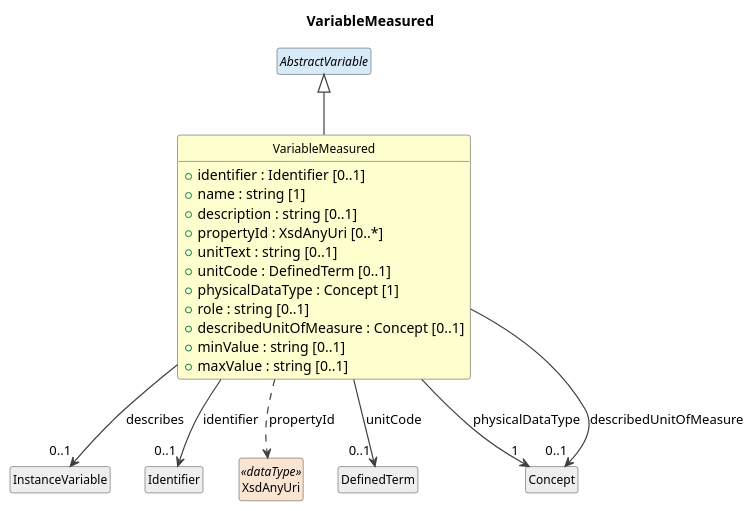
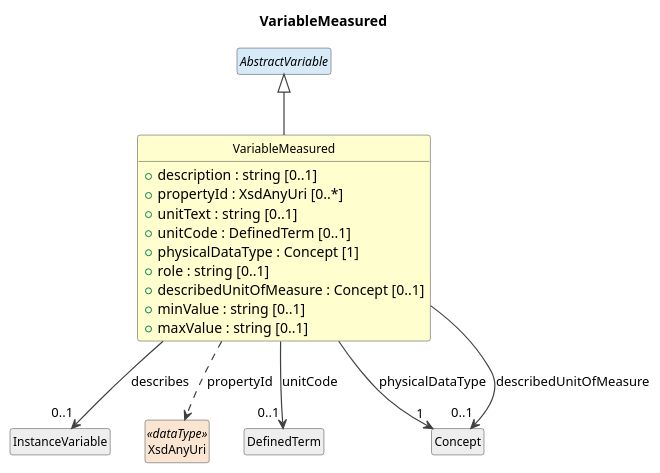
The diagram in cdif-uml-model/CDIFDataDescription/Classes/VariableMeasured.pu (Cross-Domain-Interoperability-Framework/metadataBuildingBlocks), drawn with PlantUML before and after one commit. The commit also changed 137 other files, not shown here.

First line of the commit message:
Regenerate UML model browser: simplified child diagrams + model edits

```diff
--- a/cdif-uml-model/CDIFDataDescription/Classes/VariableMeasured.pu
+++ b/cdif-uml-model/CDIFDataDescription/Classes/VariableMeasured.pu
@@ -1,40 +1,36 @@
 @startuml
 title VariableMeasured
 hide circle
 hide empty members
 skinparam shadowing false
 skinparam ArrowThickness 1.2
 skinparam class {
   ArrowColor #404040
   BorderColor #404040
   FontSize 12
 }
 
 class "VariableMeasured" as VariableMeasured #FEFECE {
-  +identifier : Identifier [0..1]
-  +name : string [1]
   +description : string [0..1]
   +propertyId : XsdAnyUri [0..*]
   +unitText : string [0..1]
   +unitCode : DefinedTerm [0..1]
   +physicalDataType : Concept [1]
   +role : string [0..1]
   +describedUnitOfMeasure : Concept [0..1]
   +minValue : string [0..1]
   +maxValue : string [0..1]
 }
 abstract class "AbstractVariable" as AbstractVariable #D6EAF8
 AbstractVariable <|-- VariableMeasured
 class "InstanceVariable" as InstanceVariable #EEEEEE
 VariableMeasured --> "0..1" InstanceVariable : describes
-class "Identifier" as Identifier #EEEEEE
-VariableMeasured --> "0..1" Identifier : identifier
 class "XsdAnyUri" as XsdAnyUri <<dataType>> #FAE5D3
 VariableMeasured ..> XsdAnyUri : propertyId
 class "DefinedTerm" as DefinedTerm #EEEEEE
 VariableMeasured --> "0..1" DefinedTerm : unitCode
 class "Concept" as Concept #EEEEEE
 VariableMeasured --> "1" Concept : physicalDataType
 VariableMeasured --> "0..1" Concept : describedUnitOfMeasure
 
 @enduml
```
